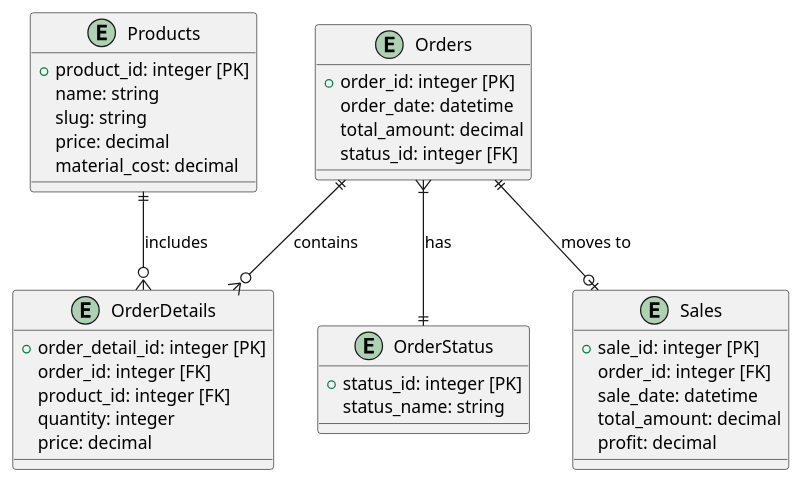
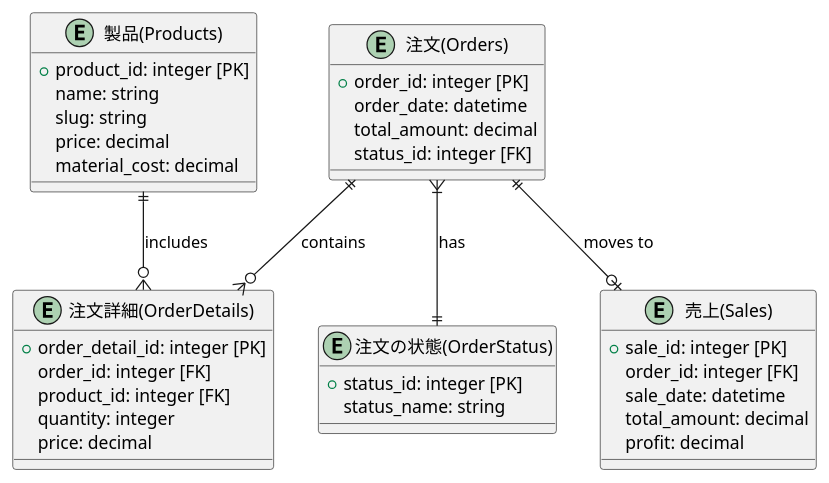
One commit to masato-ohira/prisma-postgres changed the diagram in docs/er.puml. Above: the diagram before and after it, drawn with PlantUML.

```diff
--- a/docs/er.puml
+++ b/docs/er.puml
@@ -1,42 +1,42 @@
 @startuml
-entity Products {
+entity "製品(Products)" as Products {
   +product_id: integer [PK]
   name: string
   slug: string
   price: decimal
   material_cost: decimal
 }
 
-entity Orders {
+entity "注文(Orders)" as Orders {
   +order_id: integer [PK]
   order_date: datetime
   total_amount: decimal
   status_id: integer [FK]
 }
 
-entity OrderDetails {
+entity "注文詳細(OrderDetails)" as OrderDetails {
   +order_detail_id: integer [PK]
   order_id: integer [FK]
   product_id: integer [FK]
   quantity: integer
   price: decimal
 }
 
-entity OrderStatus {
+entity "注文の状態(OrderStatus)" as OrderStatus {
   +status_id: integer [PK]
   status_name: string
 }
 
-entity Sales {
+entity "売上(Sales)" as Sales {
   +sale_id: integer [PK]
   order_id: integer [FK]
   sale_date: datetime
   total_amount: decimal
   profit: decimal
 }
 
 Products ||--o{ OrderDetails : includes
 Orders ||--o{ OrderDetails : contains
 Orders }|--|| OrderStatus : has
 Orders ||--o| Sales : moves to
 @enduml
```
